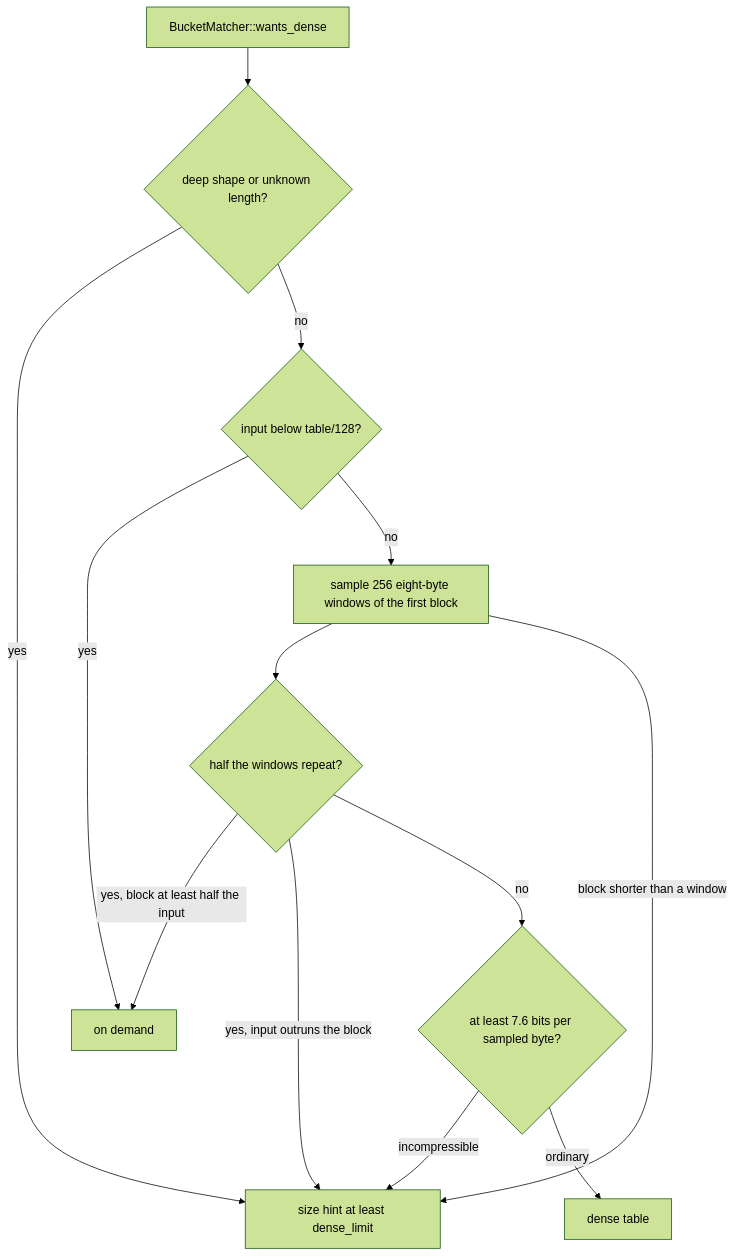
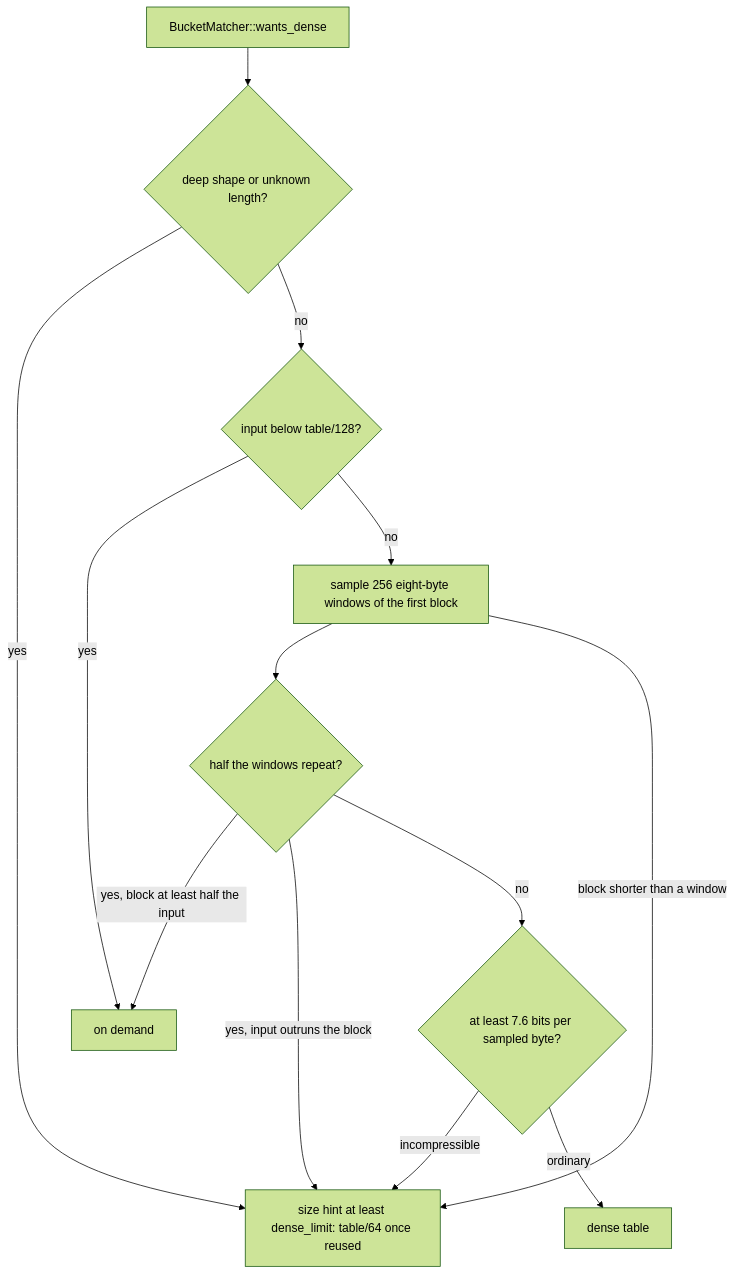
Before and after one commit to M-Compressors/mbrotli: the ninth of 20 diagrams in architecture/greedy-encoder.md, drawn with Mermaid (forest theme). The commit also changed other lines of this file and 9 other files, not shown here.

````diff
--- a/architecture/greedy-encoder.md
+++ b/architecture/greedy-encoder.md
@@ -511,15 +518,15 @@
 ```mermaid
 flowchart TD
     start[BucketMatcher::wants_dense] --> deep{deep shape or unknown length?}
-    deep -->|yes| length[size hint at least dense_limit]
+    deep -->|yes| length[size hint at least dense_limit: table/64 once reused]
     deep -->|no| small{input below table/128?}
     small -->|yes| sparse[on demand]
     small -->|no| sample[sample 256 eight-byte windows of the first block]
     sample --> rep{half the windows repeat?}
     rep -->|yes, block at least half the input| sparse
     rep -->|yes, input outruns the block| length
     rep -->|no| entropy{at least 7.6 bits per sampled byte?}
     entropy -->|incompressible| length
     entropy -->|ordinary| dense[dense table]
     sample -->|block shorter than a window| length
 ```
````
